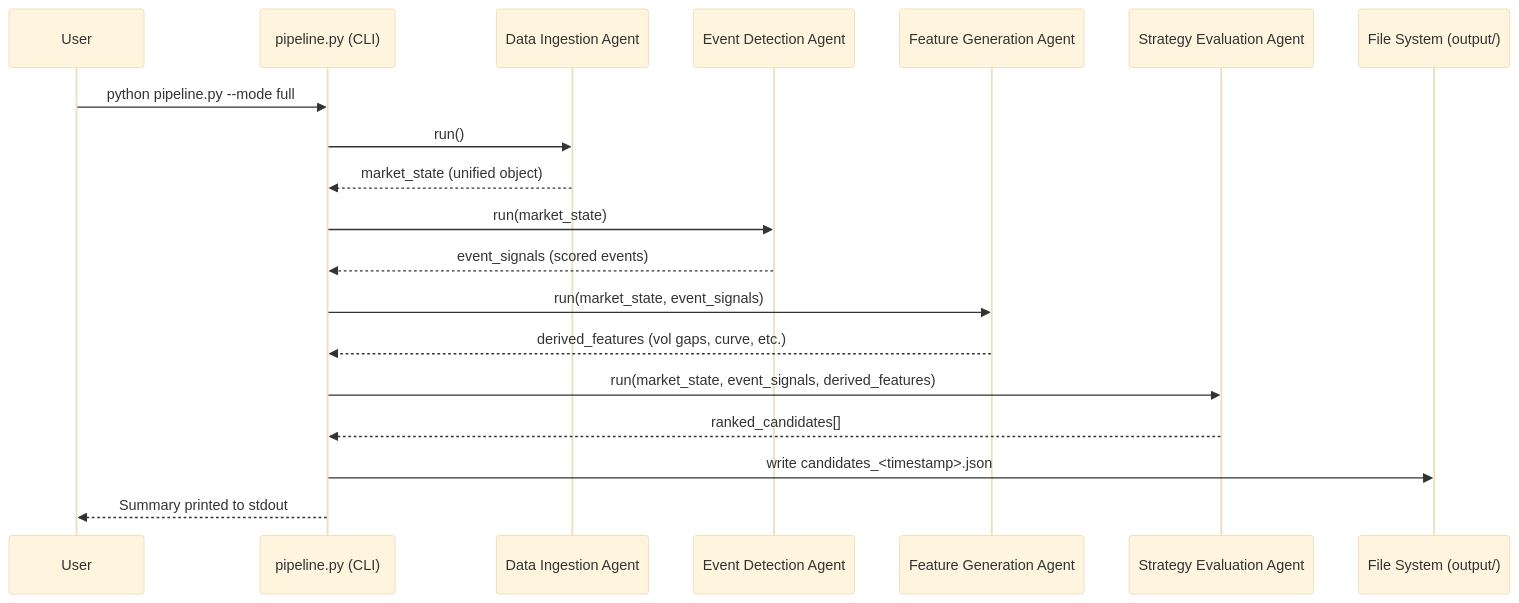
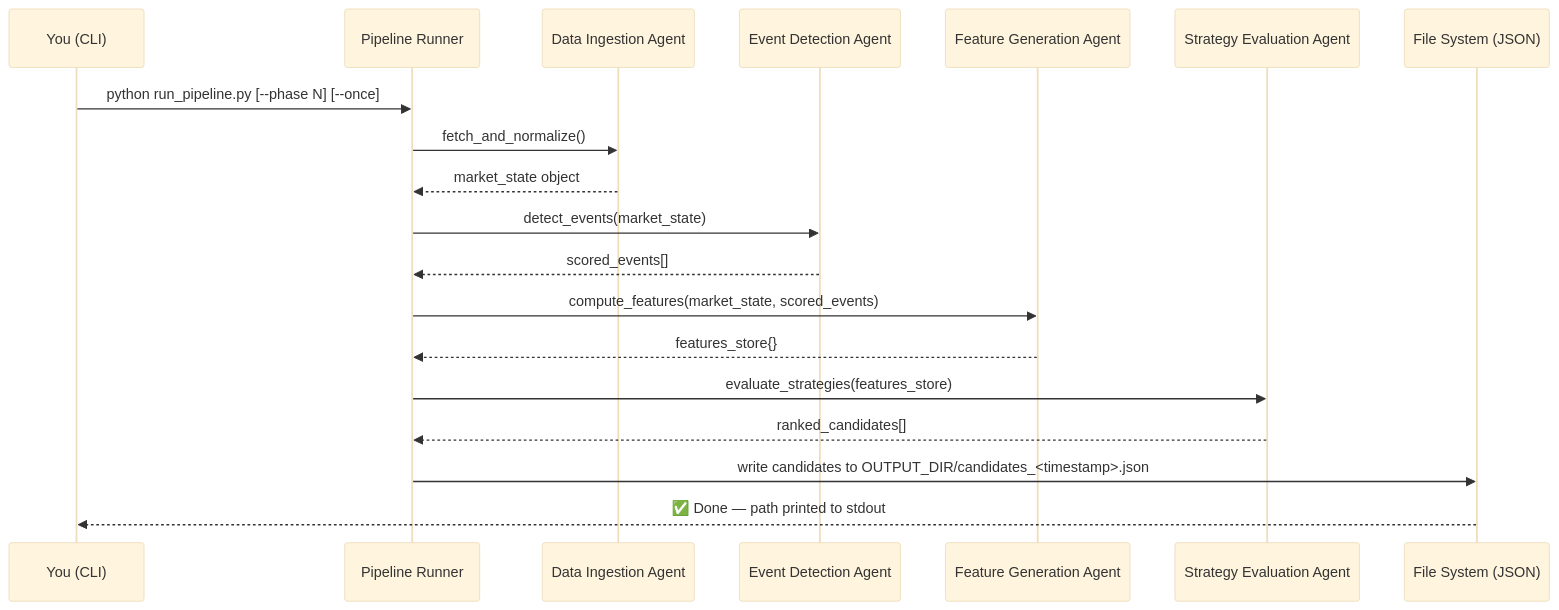
The second of 2 diagrams in docs/generated/user_guide_full-pipeline.md (jeisenback/golden_boy_peanuts), drawn with Mermaid (base theme) before and after one commit. The commit also changed other lines of this file, not shown here.

Commit message:
docs: regenerate user guide [skip ci]

````diff
--- a/docs/generated/user_guide_full-pipeline.md
+++ b/docs/generated/user_guide_full-pipeline.md
@@ -237,22 +209,22 @@
 ```mermaid
 sequenceDiagram
-    participant User
-    participant CLI as pipeline.py (CLI)
-    participant DIA as Data Ingestion Agent
-    participant EDA as Event Detection Agent
-    participant FGA as Feature Generation Agent
-    participant SEA as Strategy Evaluation Agent
-    participant FS as File System (output/)
+    participant CLI as You (CLI)
+    participant R as Pipeline Runner
+    participant DI as Data Ingestion Agent
+    participant ED as Event Detection Agent
+    participant FG as Feature Generation Agent
+    participant SE as Strategy Evaluation Agent
+    participant FS as File System (JSON)
 
-    User->>CLI: python pipeline.py --mode full
-    CLI->>DIA: run()
-    DIA-->>CLI: market_state (unified object)
-    CLI->>EDA: run(market_state)
-    EDA-->>CLI: event_signals (scored events)
-    CLI->>FGA: run(market_state, event_signals)
-    FGA-->>CLI: derived_features (vol gaps, curve, etc.)
-    CLI->>SEA: run(market_state, event_signals, derived_features)
-    SEA-->>CLI: ranked_candidates[]
-    CLI->>FS: write candidates_<timestamp>.json
-    CLI-->>User: Summary printed to stdout
+    CLI->>R: python run_pipeline.py [--phase N] [--once]
+    R->>DI: fetch_and_normalize()
+    DI-->>R: market_state object
+    R->>ED: detect_events(market_state)
+    ED-->>R: scored_events[]
+    R->>FG: compute_features(market_state, scored_events)
+    FG-->>R: features_store{}
+    R->>SE: evaluate_strategies(features_store)
+    SE-->>R: ranked_candidates[]
+    R->>FS: write candidates to OUTPUT_DIR/candidates_<timestamp>.json
+    FS-->>CLI: ✅ Done — path printed to stdout
 ```
````
